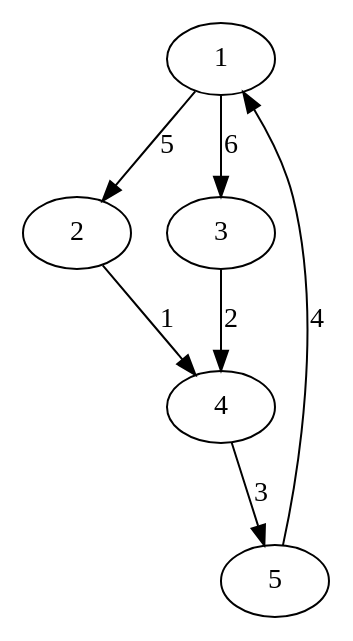
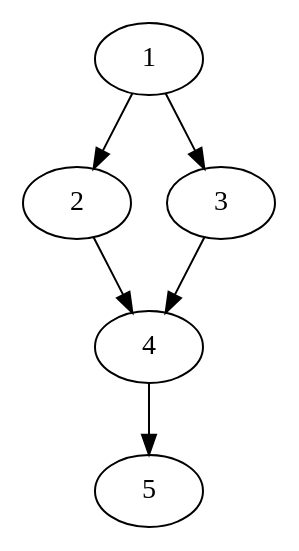
Before and after one commit to anemon-a/graph-algorithms: the diagram in src/dots/digraph0.dot, drawn with Graphviz. The commit also changed 8 other files, not shown here.

Commit message:
test: add test methods DepthFirstSearch, BreadthFirstSearch, GetNeighbourVertices, LoadGraphFromFile for Graph and Digraph

```diff
--- a/src/dots/digraph0.dot
+++ b/src/dots/digraph0.dot
@@ -1,8 +1,7 @@
 digraph G {
-    1 -> 2 [label="5"];
-    1 -> 3 [label="6"];
-    2 -> 4 [label="1"];
-    3 -> 4 [label="2"];
-    4 -> 5 [label="3"];
-    5 -> 1 [label="4"];
+    1 -> 2;
+    1 -> 3;
+    2 -> 4;
+    3 -> 4;
+    4 -> 5;
 }
```
